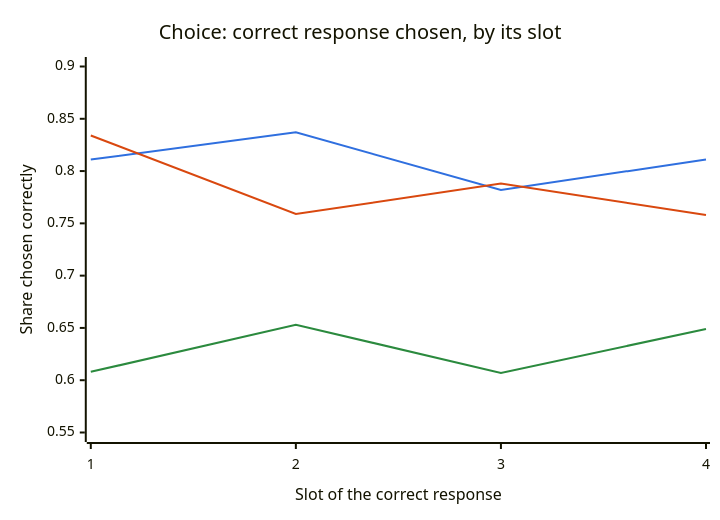
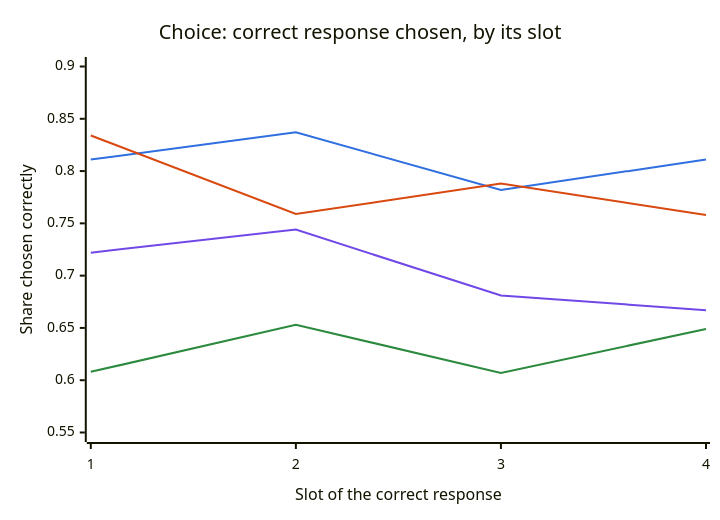
One commit to dorkitude/order-blind-decisions changed the first of 2 diagrams in results/main-report.md. Above: the diagram before and after it, drawn with Mermaid. The commit also changed other lines of this file and 16 other files, not shown here.

````diff
--- a/results/main-report.md
+++ b/results/main-report.md
@@ -27,10 +28,11 @@
 ```mermaid
-%%{init: {"themeVariables": {"xyChart": {"plotColorPalette": "#2f6fdf, #d9480f, #2b8a3e"}}}}%%
+%%{init: {"themeVariables": {"xyChart": {"plotColorPalette": "#2f6fdf, #d9480f, #2b8a3e, #7048e8"}}}}%%
 xychart-beta
     title "Choice: correct response chosen, by its slot"
     x-axis "Slot of the correct response" [1, 2, 3, 4]
     y-axis "Share chosen correctly" 0.55 --> 0.90
     line [0.811, 0.837, 0.782, 0.811]
     line [0.834, 0.759, 0.788, 0.758]
     line [0.608, 0.653, 0.607, 0.649]
+    line [0.722, 0.744, 0.681, 0.667]
 ```
````
